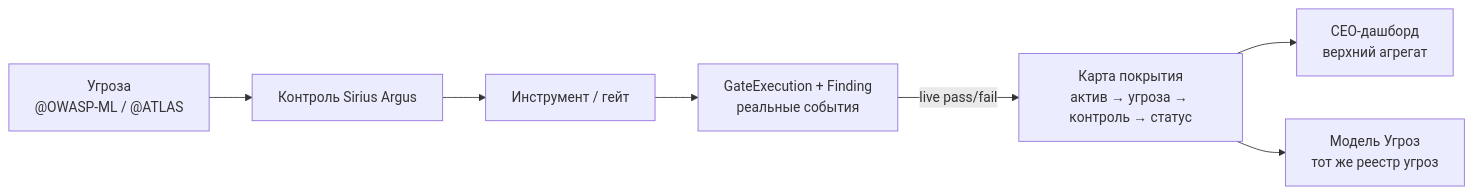
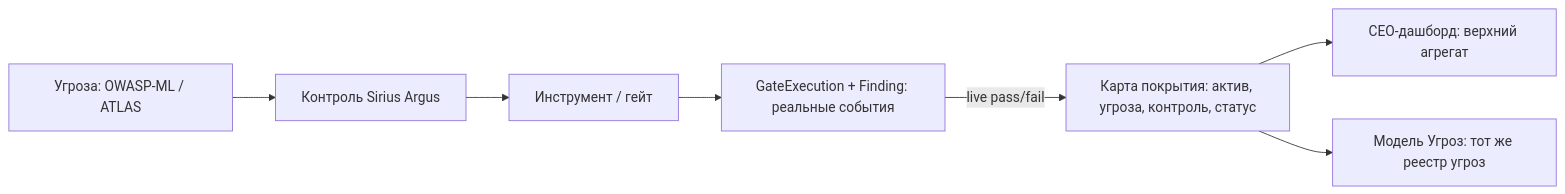
One commit to dmagog/Sirius-Argus changed the eighth of 8 diagrams in docs/architecture.md. Above: the diagram before and after it, drawn with Mermaid. The commit also changed other lines of this file and 1 other file, not shown here.

First line of the commit message:
fix(docs): mermaid под GitLab 11.13.0 + хуманизация README

````diff
--- a/docs/architecture.md
+++ b/docs/architecture.md
@@ -339,9 +335,9 @@
 ```mermaid
 flowchart LR
-    THR["Угроза<br/>@OWASP-ML / @ATLAS"] --> CTRL["Контроль Sirius Argus"]
+    THR["Угроза: OWASP-ML / ATLAS"] --> CTRL["Контроль Sirius Argus"]
     CTRL --> TOOL["Инструмент / гейт"]
-    TOOL --> EVT["GateExecution + Finding<br/>реальные события"]
-    EVT -->|"live pass/fail"| MAP["Карта покрытия<br/>актив → угроза → контроль → статус"]
-    MAP --> CEO["CEO-дашборд<br/>верхний агрегат"]
-    MAP --> MU["Модель Угроз<br/>тот же реестр угроз"]
+    TOOL --> EVT["GateExecution + Finding: реальные события"]
+    EVT -->|"live pass/fail"| MAP["Карта покрытия: актив, угроза, контроль, статус"]
+    MAP --> CEO["CEO-дашборд: верхний агрегат"]
+    MAP --> MU["Модель Угроз: тот же реестр угроз"]
 ```
````
